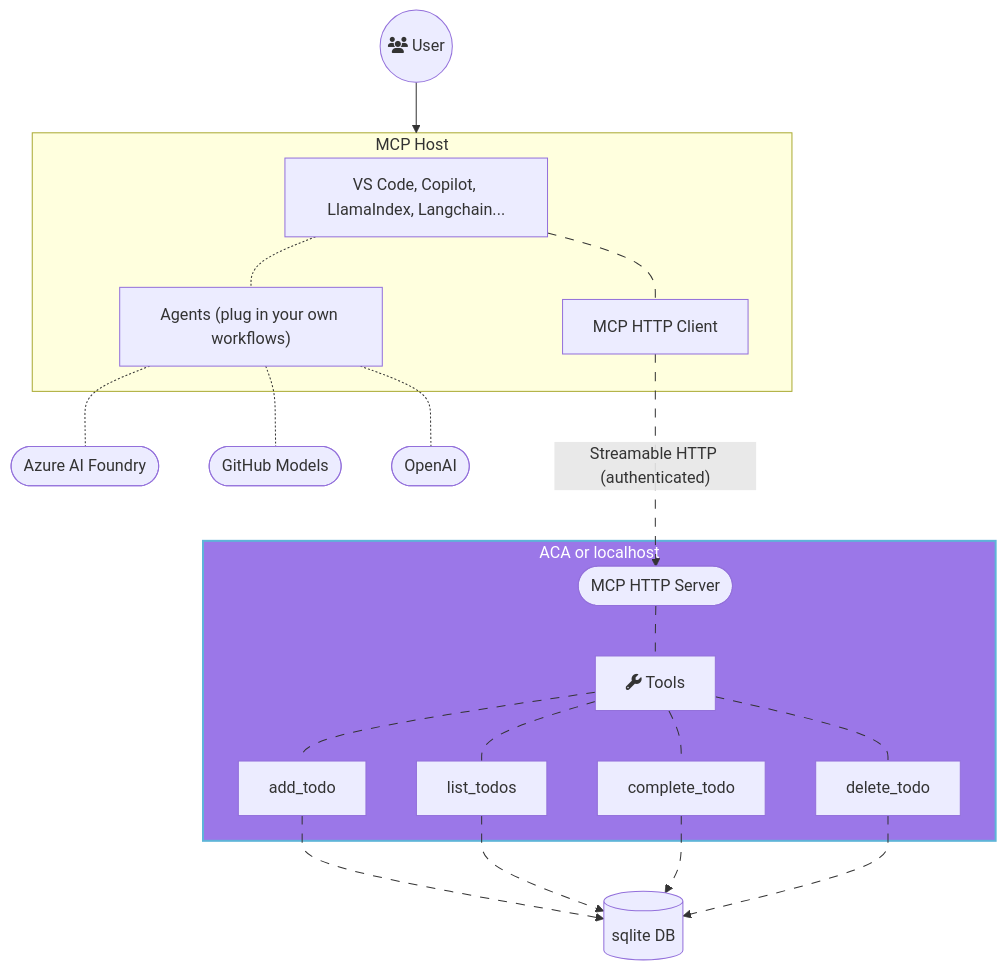
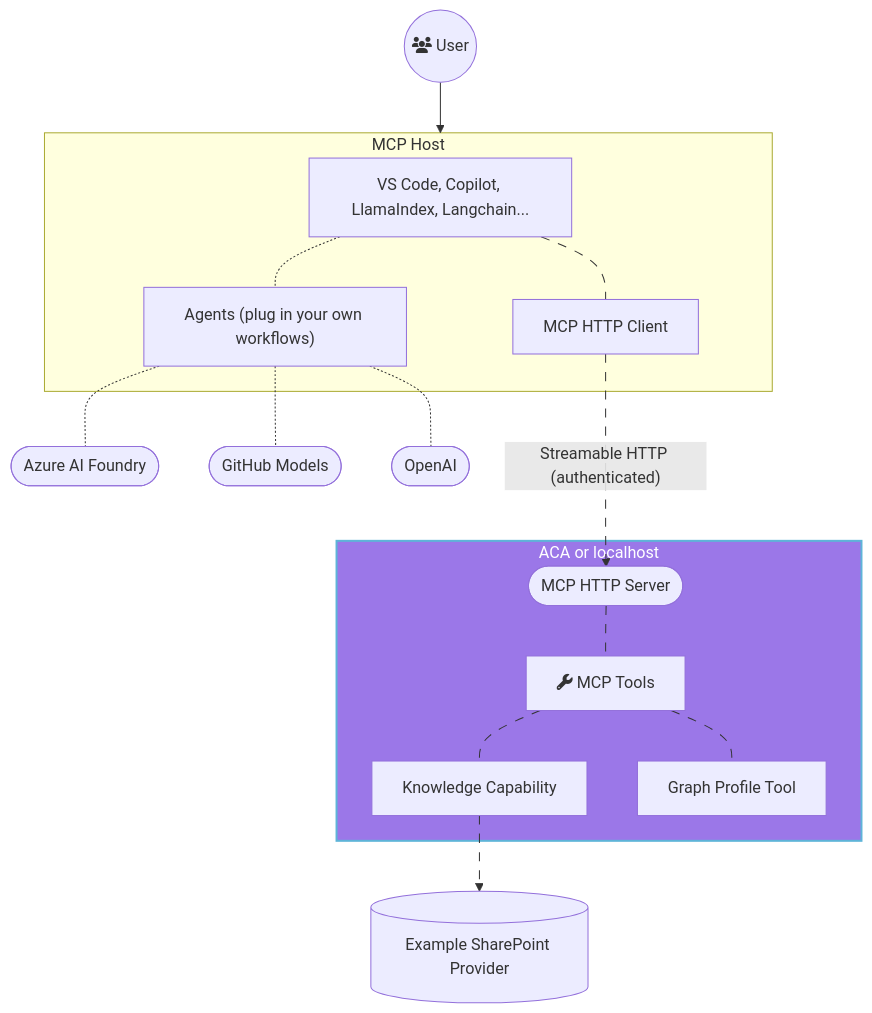
The diagram in README.md (aslammarikkar/secure-mcp-gateway), drawn with Mermaid before and after one commit. The commit also changed other lines of this file and 14 other files, not shown here.

Commit message:
Scaffold knowledge provider template

````diff
--- a/README.md
+++ b/README.md
@@ -72,56 +72,48 @@
 ```mermaid
 flowchart TD
     user(("fa:fa-users User"))
     host["VS Code, Copilot, LlamaIndex, Langchain..."]
     clientHttp[MCP HTTP Client]
     serverHttp([MCP HTTP Server])
     agent["Agents (plug in your own workflows)"]
     AzureOpenAI([Azure AI Foundry])
     GitHub([GitHub Models])
     OpenAI([OpenAI])
     
-    tools["fa:fa-wrench Tools"]
-    db[(sqlite DB)]
+    tools["fa:fa-wrench MCP Tools"]
+    capability[Knowledge Capability]
+    provider[(Example SharePoint Provider)]
+    graphTool[Graph Profile Tool]
 
     user --> hostGroup 
     subgraph hostGroup["MCP Host"]
         host -.- agent
         host aaa@ -.- clientHttp
     end
     
     agent -.- AzureOpenAI & GitHub & OpenAI
     
     clientHttp aa@ ---> |"Streamable HTTP (authenticated)"| serverHttp
 
     subgraph container["ACA or localhost"]
       serverHttp a@ -.- tools
-      tools b@ -.- add_todo 
-      tools c@ -.- list_todos
-      tools d@ -.- complete_todo
-      tools e@ -.- delete_todo
+      tools b@ -.- capability
+      tools c@ -.- graphTool
     end
 
-    add_todo bb@ --> db
-    list_todos cc@--> db
-    complete_todo dd@ --> db
-    delete_todo ee@ --> db
+    capability bb@ --> provider
 
     %% styles
 
     classDef animate stroke-dasharray: 9,5,stroke-dashoffset: 900,animation: dash 25s linear infinite;
     classDef highlight fill:#9B77E8,color:#fff,stroke:#5EB4D8,stroke-width:2px
     
     class a animate
     class aa animate
     class aaa animate
     class b animate
     class c animate
-    class d animate
-    class e animate
     class bb animate
-    class cc animate
-    class dd animate
-    class ee animate
 
     class container highlight
 ```
````
